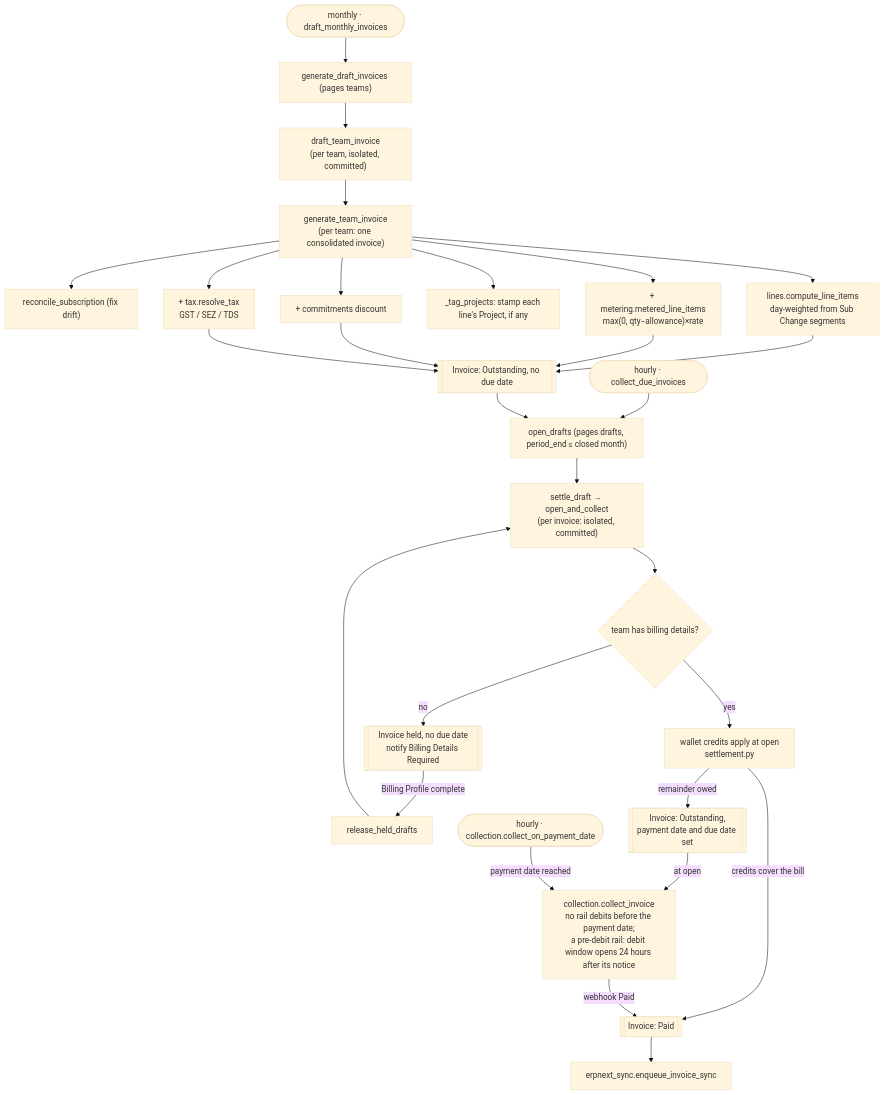
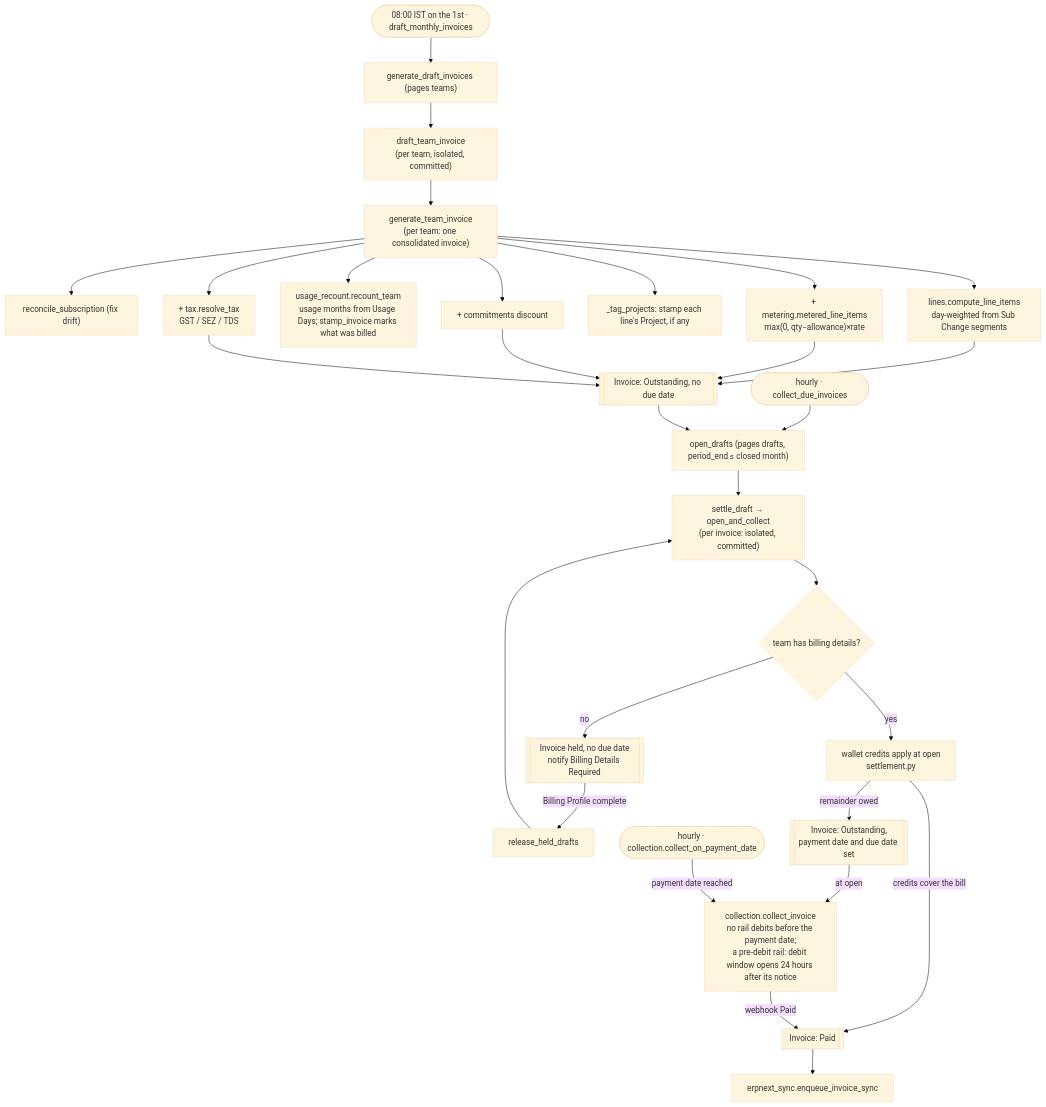
The fifth of 8 diagrams in central/billing/ARCHITECTURE.md (frappe/central), drawn with Mermaid (base theme) before and after one commit. The commit also changed other lines of this file, not shown here.

Commit message:
docs(billing): list the usage ledger jobs and the 08:00 ist draft tick

````diff
--- a/central/billing/ARCHITECTURE.md
+++ b/central/billing/ARCHITECTURE.md
@@ -484,28 +493,29 @@
 ```mermaid
 flowchart TD
-    TICK(["monthly · draft_monthly_invoices"]) --> GDI["generate_draft_invoices (pages teams)"]
+    TICK(["08:00 IST on the 1st · draft_monthly_invoices"]) --> GDI["generate_draft_invoices (pages teams)"]
     GDI --> DTI["draft_team_invoice<br/>(per team, isolated, committed)"]
     DTI --> GTI["generate_team_invoice<br/>(per team: one consolidated invoice)"]
     GTI --> RS["reconcile_subscription (fix drift)"]
     GTI --> LINES["lines.compute_line_items<br/>day-weighted from Sub Change segments"]
+    GTI --> URC["usage_recount.recount_team<br/>usage months from Usage Days; stamp_invoice marks what was billed"]
     GTI --> MET["+ metering.metered_line_items<br/>max(0, qty−allowance)×rate"]
     GTI --> TAG["_tag_projects: stamp each line's Project, if any"]
     GTI --> DISC["+ commitments discount"]
     GTI --> TAX["+ tax.resolve_tax<br/>GST / SEZ / TDS"]
     LINES & MET & DISC & TAX --> DRAFT[["Invoice: Outstanding, no due date"]]
 
     SWEEP(["hourly · collect_due_invoices"]) --> OD["open_drafts (pages drafts, period_end ≤ closed month)"]
     DRAFT --> OD
     OD --> OAC["settle_draft → open_and_collect<br/>(per invoice: isolated, committed)"]
     OAC --> HOLD{"team has billing details?"}
     HOLD -->|no| HELD[["Invoice held, no due date<br/>notify Billing Details Required"]]
     HELD -->|Billing Profile complete| REL["release_held_drafts"]
     REL --> OAC
     HOLD -->|yes| CR["wallet credits apply at open<br/>settlement.py"]
     CR -->|credits cover the bill| PAID[["Invoice: Paid"]]
     CR -->|remainder owed| OPEN[["Invoice: Outstanding,<br/>payment date and due date set"]]
     OPEN -->|at open| CARD["collection.collect_invoice<br/>no rail debits before the payment date;<br/>a pre-debit rail: debit window opens 24 hours after its notice"]
     PDATE(["hourly · collection.collect_on_payment_date"]) -->|payment date reached| CARD
     CARD -->|webhook Paid| PAID
     PAID --> SYNC["erpnext_sync.enqueue_invoice_sync"]
 ```
````
